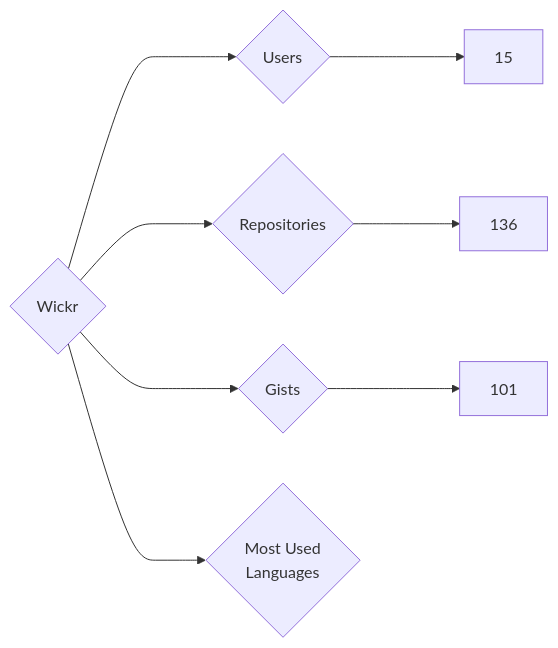
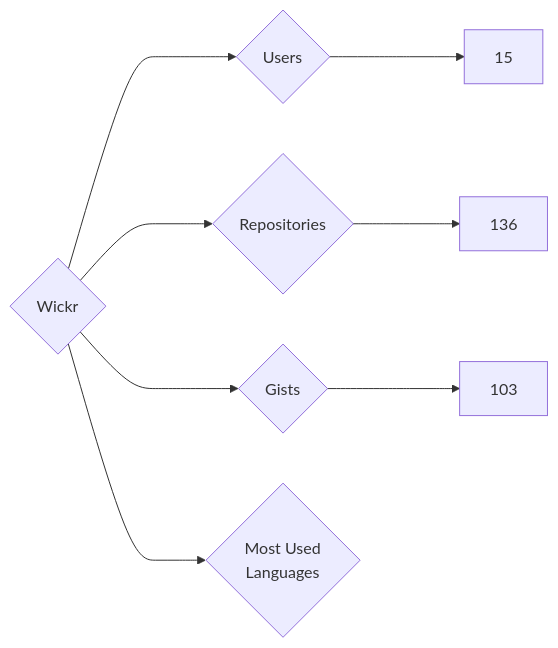
One commit to nenadzaric/insiders changed the diagram in targets/Wickr/README.md. Above: the diagram before and after it, drawn with Mermaid. The commit also changed 1342 other files, not shown here.

````diff
--- a/targets/Wickr/README.md
+++ b/targets/Wickr/README.md
@@ -3,8 +3,8 @@
 ```mermaid
 graph LR
 COMPANY_NAME{Wickr}
 COMPANY_NAME ---> U{Users} ---> UN[15]
 COMPANY_NAME ---> R{Repositories} ---> RN[136]
-COMPANY_NAME ---> G{Gists} ---> GN[101]
+COMPANY_NAME ---> G{Gists} ---> GN[103]
 COMPANY_NAME ---> ML{Most Used<br>Languages}
 ```
````
